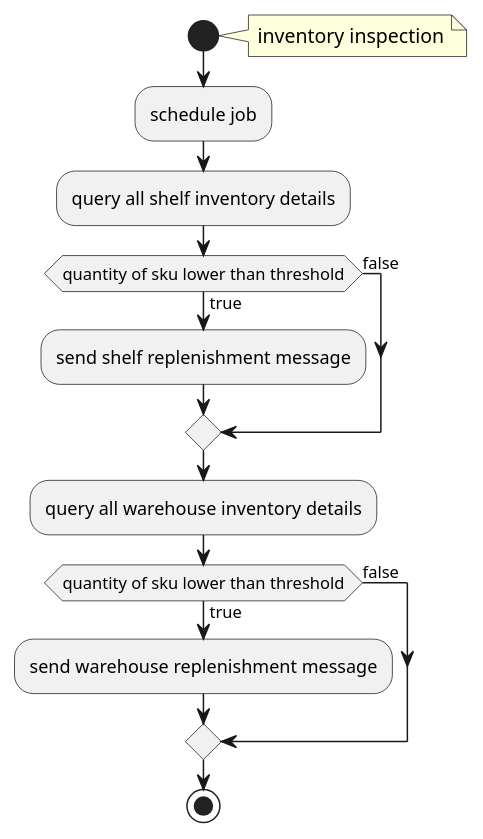
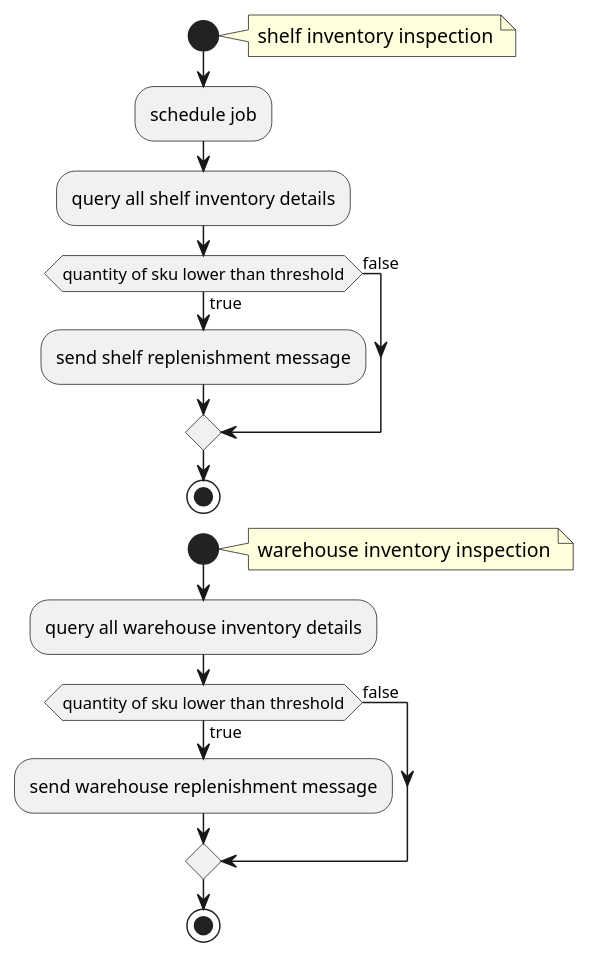
One commit to Jeromefromcn/JavaFinalProject8020 changed the third of 4 diagrams in uml/2. activity.puml. Above: the diagram before and after it, drawn with PlantUML. The commit also changed other lines of this file and 6 other files, not shown here.

```diff
--- a/uml/2. activity.puml
+++ b/uml/2. activity.puml
@@ -80,22 +80,28 @@
 @startuml scheduler
 'https://plantuml.com/activity-diagram-beta
 
 start
     note right
-    inventory inspection
+    shelf inventory inspection
     end note
 :schedule job;
 :query all shelf inventory details;
 if (quantity of sku lower than threshold) then (true)
     :send shelf replenishment message;
 else (false)
 endif
+stop
+
+start
+    note right
+    warehouse inventory inspection
+    end note
 :query all warehouse inventory details;
 if (quantity of sku lower than threshold) then (true)
     :send warehouse replenishment message;
 else (false)
 endif
 
 stop
 
 @enduml
```
